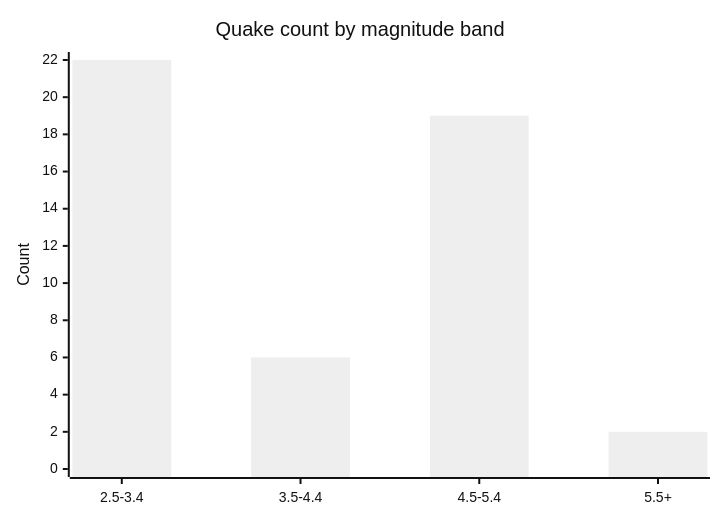
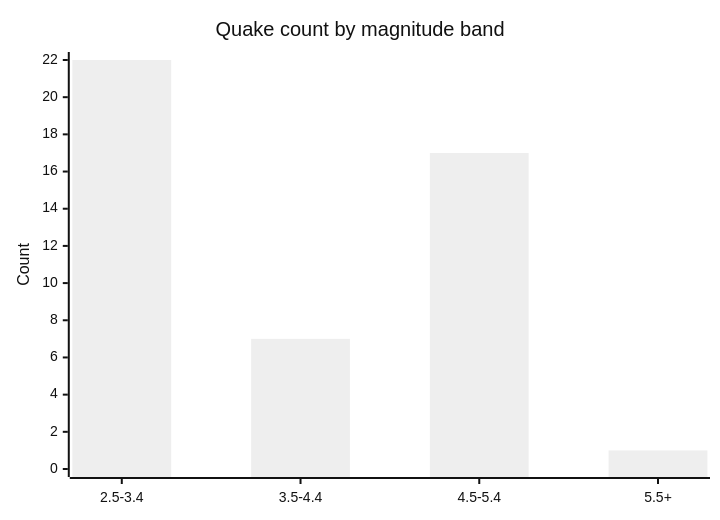
Before and after one commit to Midwest-Stratospheric/aerostratospheric-defense-gir: the fifth of 6 diagrams in docs/GRAPHS.md, drawn with Mermaid (neutral theme). The commit also changed other lines of this file and 24 other files, not shown here.

````diff
--- a/docs/GRAPHS.md
+++ b/docs/GRAPHS.md
@@ -82,7 +82,7 @@
 ```mermaid
 xychart-beta
   title "Quake count by magnitude band"
   x-axis ["2.5-3.4", "3.5-4.4", "4.5-5.4", "5.5+"]
   y-axis "Count" 0 --> 22
-  bar [22, 6, 19, 2]
+  bar [22, 7, 17, 1]
 ```
````
